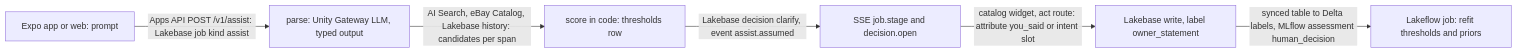
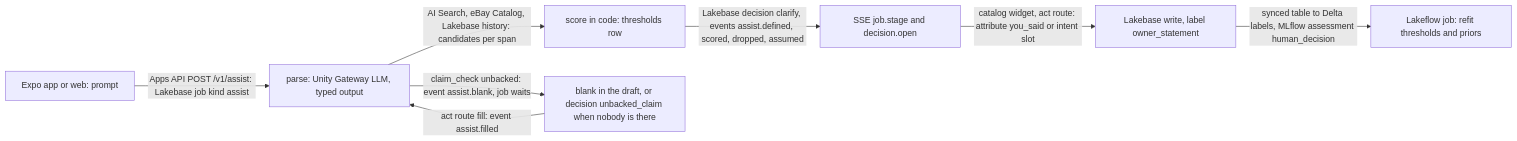
The diagram in spec/features/assist.md (benverhaalen/secondhand), drawn with Mermaid before and after one commit. The commit also changed other lines of this file and 1 other file, not shown here.

````diff
--- a/spec/features/assist.md
+++ b/spec/features/assist.md
@@ -79,8 +123,10 @@
 ```mermaid
 flowchart LR
   P["Expo app or web: prompt"] -->|"Apps API POST /v1/assist: Lakebase job kind assist"| J["parse: Unity Gateway LLM, typed output"]
   J -->|"AI Search, eBay Catalog, Lakebase history: candidates per span"| S["score in code: thresholds row"]
-  S -->|"Lakebase decision clarify, event assist.assumed"| D["SSE job.stage and decision.open"]
+  S -->|"Lakebase decision clarify, events assist.defined, scored, dropped, assumed"| D["SSE job.stage and decision.open"]
   D -->|"catalog widget, act route: attribute you_said or intent slot"| A["Lakebase write, label owner_statement"]
+  J -->|"claim_check unbacked: event assist.blank, job waits"| B["blank in the draft, or decision unbacked_claim when nobody is there"]
+  B -->|"act route fill: event assist.filled"| J
   A -->|"synced table to Delta labels, MLflow assessment human_decision"| T["Lakeflow job: refit thresholds and priors"]
 ```
````
